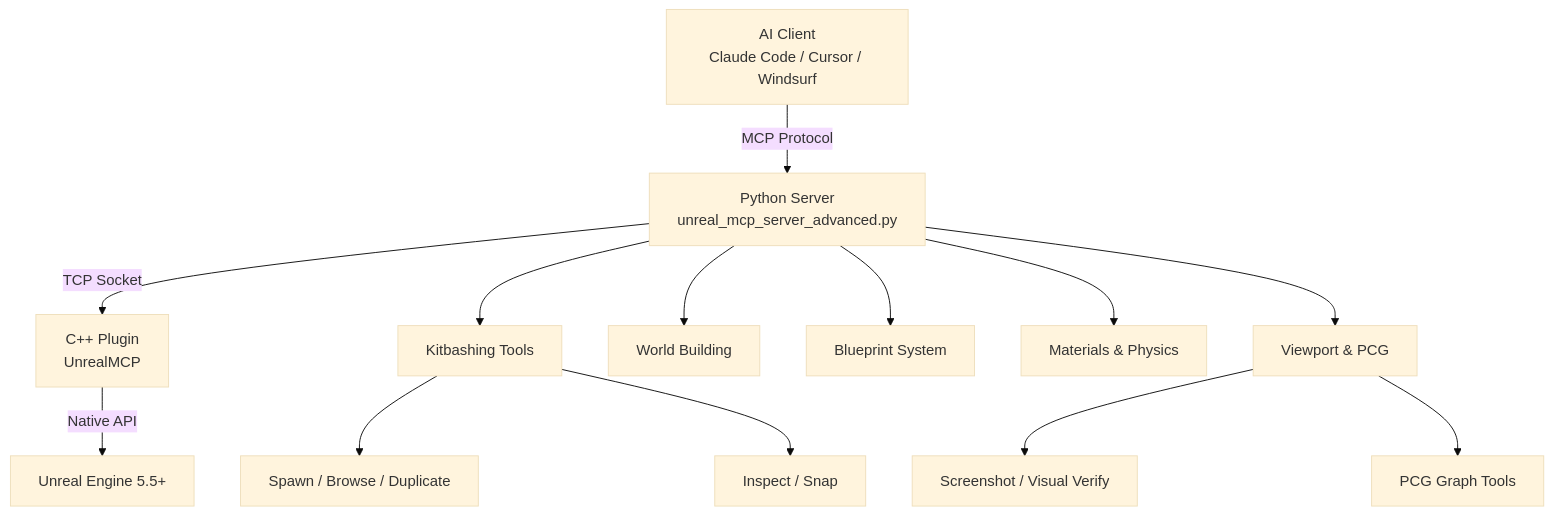
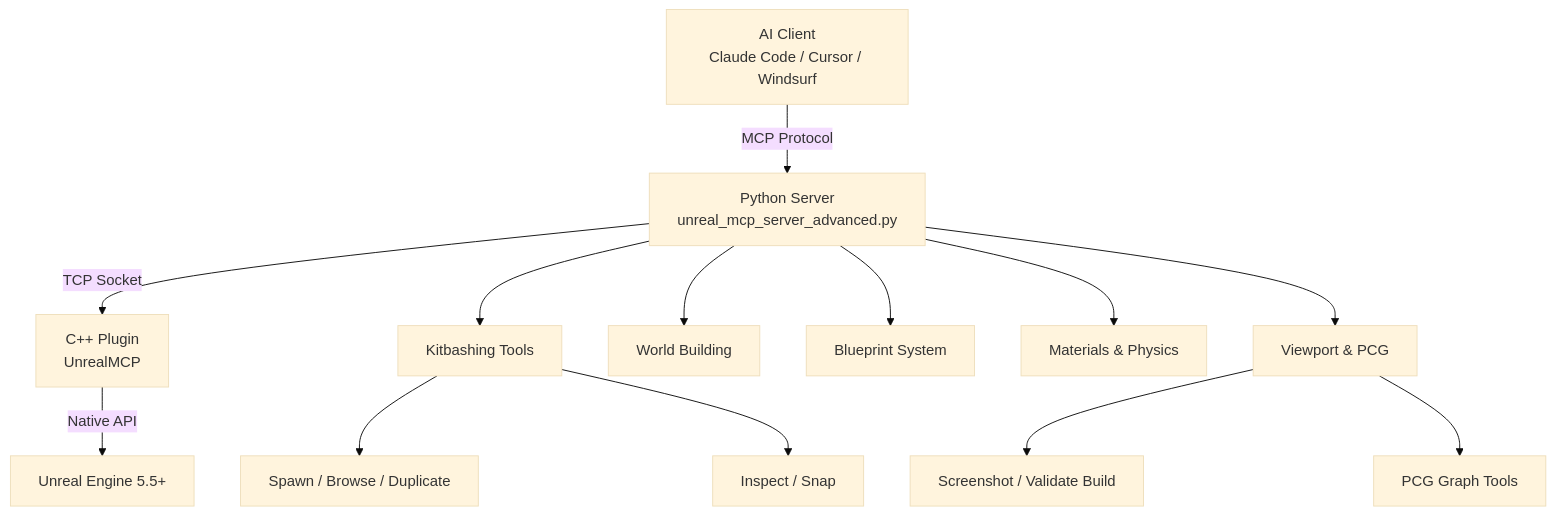
The diagram in README.md (LonglifeIO/rekit-mcp), drawn with Mermaid (base theme) before and after one commit. The commit also changed other lines of this file, not shown here.

First line of the commit message:
Update README with build validation tools

````diff
--- a/README.md
+++ b/README.md
@@ -154,17 +155,17 @@
 ```mermaid
 graph TB
     A[AI Client<br/>Claude Code / Cursor / Windsurf] -->|MCP Protocol| B[Python Server<br/>unreal_mcp_server_advanced.py]
     B -->|TCP Socket| C[C++ Plugin<br/>UnrealMCP]
     C -->|Native API| D[Unreal Engine 5.5+]
 
     B --> E[Kitbashing Tools]
     E --> E1[Spawn / Browse / Duplicate]
     E --> E2[Inspect / Snap]
 
     B --> F[World Building]
     B --> G[Blueprint System]
     B --> H[Materials & Physics]
     B --> I[Viewport & PCG]
-    I --> I1[Screenshot / Visual Verify]
+    I --> I1[Screenshot / Validate Build]
     I --> I2[PCG Graph Tools]
 ```
````
